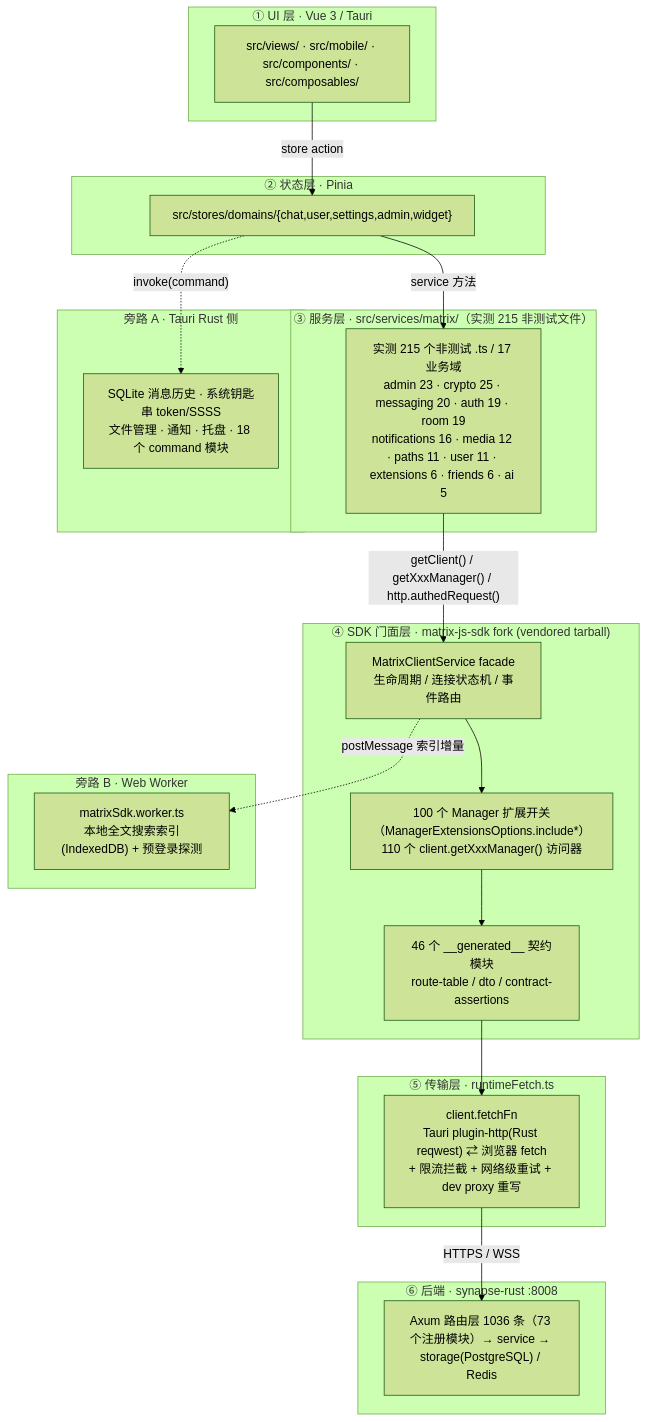
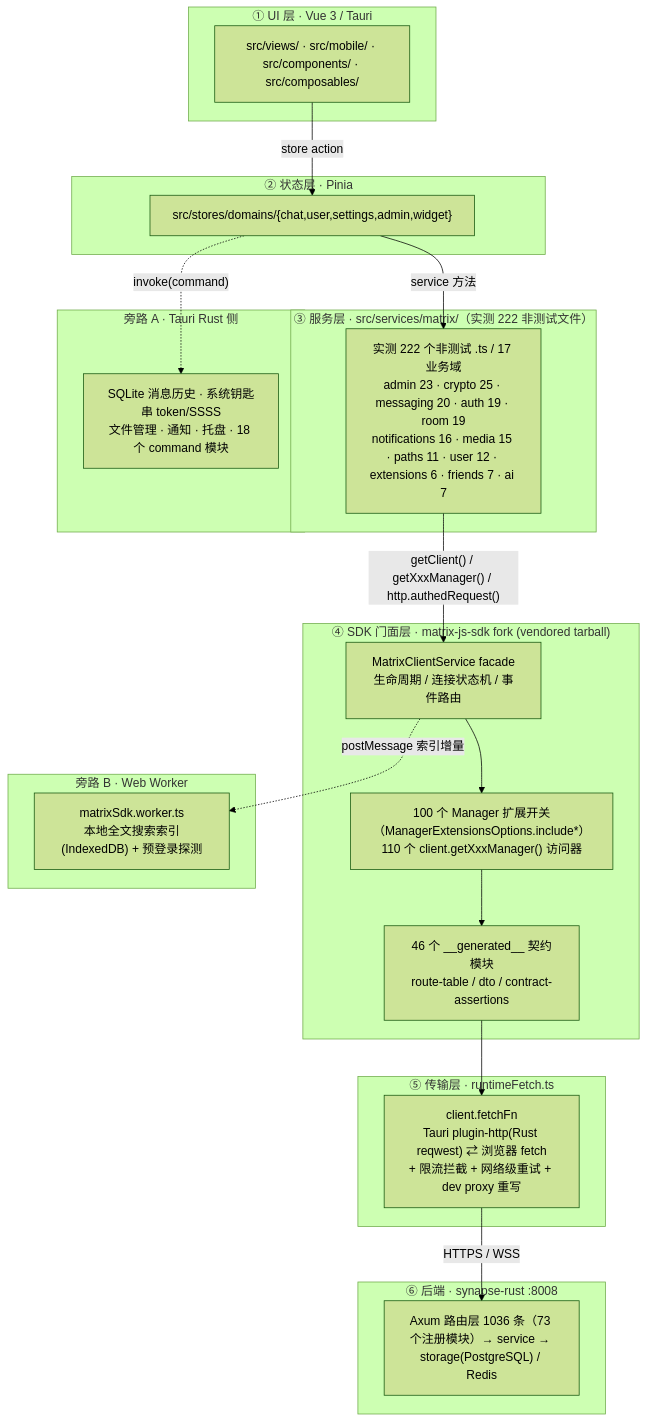
The first of 4 diagrams in docs/Tjg-SDK-集成架构与能力图谱-2026-10-08.md (langkebo/hula), drawn with Mermaid (forest theme) before and after one commit. The commit also changed other lines of this file and 41 other files, not shown here.

````diff
--- a/docs/Tjg-SDK-集成架构与能力图谱-2026-10-08.md
+++ b/docs/Tjg-SDK-集成架构与能力图谱-2026-10-08.md
@@ -32,47 +32,47 @@
 ```mermaid
 flowchart TB
     subgraph L1["① UI 层 · Vue 3 / Tauri"]
         UI["src/views/ · src/mobile/ · src/components/ · src/composables/"]
     end
 
     subgraph L2["② 状态层 · Pinia"]
         ST["src/stores/domains/{chat,user,settings,admin,widget}"]
     end
 
-    subgraph L3["③ 服务层 · src/services/matrix/（实测 215 非测试文件）"]
-        SV["实测 215 个非测试 .ts / 17 业务域<br/>admin 23 · crypto 25 · messaging 20 · auth 19 · room 19<br/>notifications 16 · media 12 · paths 11 · user 11 · extensions 6 · friends 6 · ai 5"]
+    subgraph L3["③ 服务层 · src/services/matrix/（实测 222 非测试文件）"]
+        SV["实测 222 个非测试 .ts / 17 业务域<br/>admin 23 · crypto 25 · messaging 20 · auth 19 · room 19<br/>notifications 16 · media 15 · paths 11 · user 12 · extensions 6 · friends 7 · ai 7"]
     end
 
     subgraph L4["④ SDK 门面层 · matrix-js-sdk fork (vendored tarball)"]
         SDK1["MatrixClientService facade<br/>生命周期 / 连接状态机 / 事件路由"]
         SDK2["100 个 Manager 扩展开关（ManagerExtensionsOptions.include*）<br/>110 个 client.getXxxManager() 访问器"]
         SDK3["46 个 __generated__ 契约模块<br/>route-table / dto / contract-assertions"]
     end
 
     subgraph L5["⑤ 传输层 · runtimeFetch.ts"]
         NET["client.fetchFn<br/>Tauri plugin-http(Rust reqwest) ⇄ 浏览器 fetch<br/>+ 限流拦截 + 网络级重试 + dev proxy 重写"]
     end
 
     subgraph L6["⑥ 后端 · synapse-rust :8008"]
         BE["Axum 路由层 1036 条（73 个注册模块）→ service → storage(PostgreSQL) / Redis"]
     end
 
     UI -->|"store action"| ST
     ST -->|"service 方法"| SV
     SV -->|"getClient() / getXxxManager() / http.authedRequest()"| SDK1
     SDK1 --> SDK2
     SDK2 --> SDK3
     SDK3 --> NET
     NET -->|"HTTPS / WSS"| BE
 
     subgraph SIDE1["旁路 A · Tauri Rust 侧"]
         TAURI["SQLite 消息历史 · 系统钥匙串 token/SSSS<br/>文件管理 · 通知 · 托盘 · 18 个 command 模块"]
     end
 
     subgraph SIDE2["旁路 B · Web Worker"]
         WK["matrixSdk.worker.ts<br/>本地全文搜索索引(IndexedDB) + 预登录探测"]
     end
 
     ST -.->|"invoke(command)"| TAURI
     SDK1 -.->|"postMessage 索引增量"| WK
 ```
````
